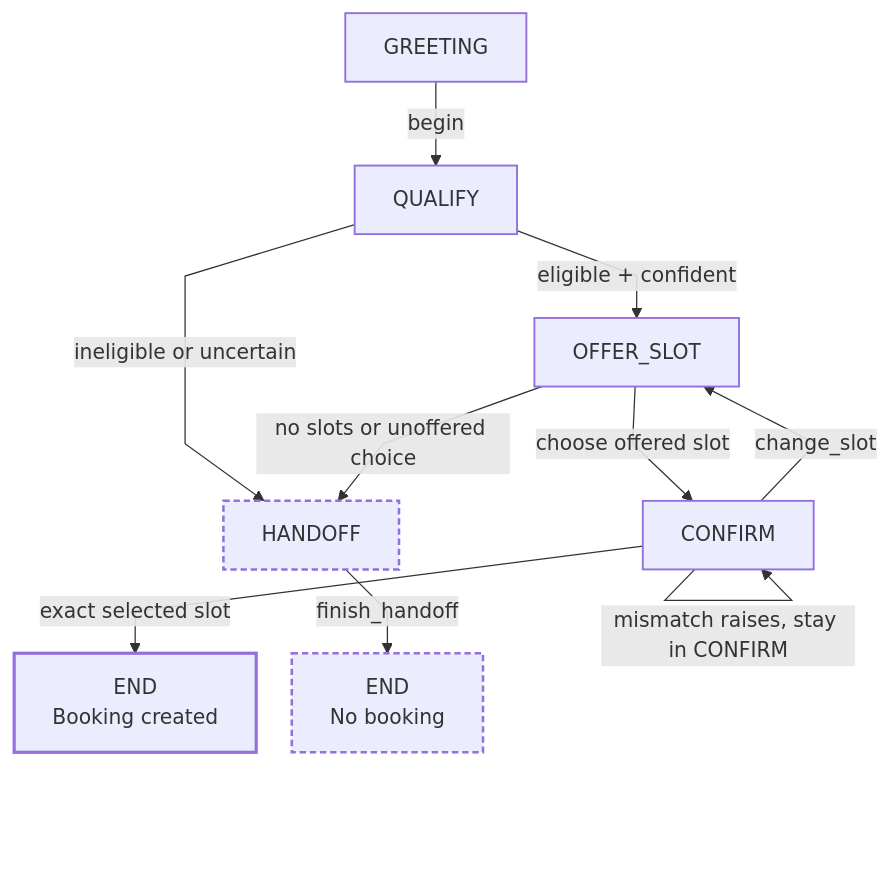
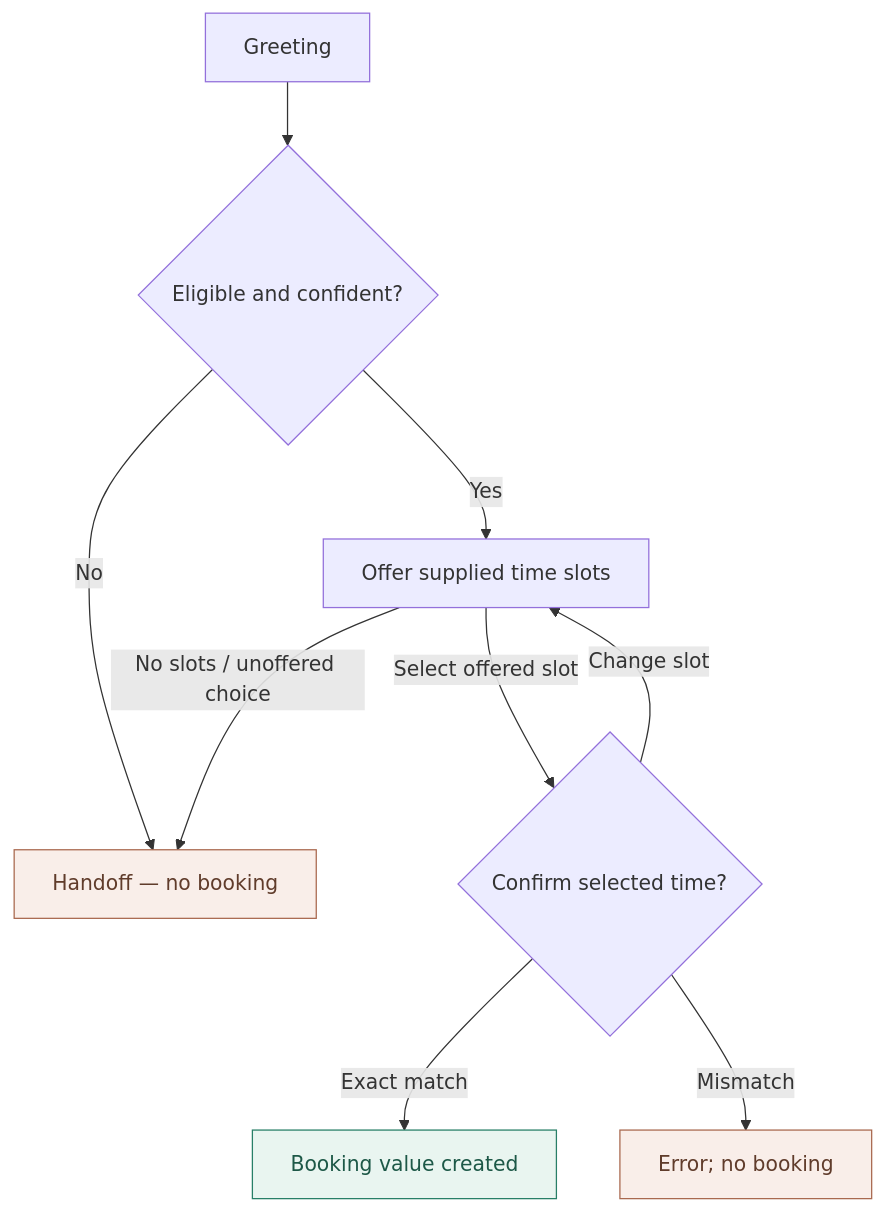
One commit to Niyam-Paneru/ai-booking-workflow changed the diagram in README.md. Above: the diagram before and after it, drawn with Mermaid.

Commit message:
docs: one purposeful visual, not repeated generated flowcharts

````diff
--- a/README.md
+++ b/README.md
@@ -29,27 +29,15 @@
 ```mermaid
----
-config:
-  flowchart:
-    curve: linear
-    nodeSpacing: 28
-    rankSpacing: 42
----
 flowchart TB
-    accTitle: Booking state machine
-    accDescr: Decision flow for booking state machine.
-    G["GREETING"] -->|begin| Q["QUALIFY"]
-    Q -->|eligible + confident| O["OFFER_SLOT"]
-    Q -->|ineligible or uncertain| H["HANDOFF"]
-    O -->|no slots or unoffered choice| H
-    O -->|choose offered slot| C["CONFIRM"]
-    C -->|change_slot| O
-    C -->|mismatch raises, stay in CONFIRM| C
-    C -->|exact selected slot| B["END<br/>Booking created"]
-    H -->|finish_handoff| E["END<br/>No booking"]
-    classDef input stroke-width:1.5px;
-    classDef pass stroke-width:2.5px;
-    classDef stop stroke-width:2px,stroke-dasharray:5 3;
-    class G,Q,O,C input;
-    class B pass;
-    class H,E stop;
+    G["Greeting"] --> Q{"Eligible and confident?"}
+    Q -- No --> H["Handoff — no booking"]
+    Q -- Yes --> O["Offer supplied time slots"]
+    O -- "No slots / unoffered choice" --> H
+    O -- "Select offered slot" --> C{"Confirm selected time?"}
+    C -- "Exact match" --> B["Booking value created"]
+    C -- "Change slot" --> O
+    C -- "Mismatch" --> X["Error; no booking"]
+    classDef blocked fill:#F9EEE9,stroke:#A9694F,color:#603C2B;
+    classDef done fill:#E9F5F0,stroke:#287F67,color:#1D5847;
+    class H,X blocked;
+    class B done;
 ```
````
